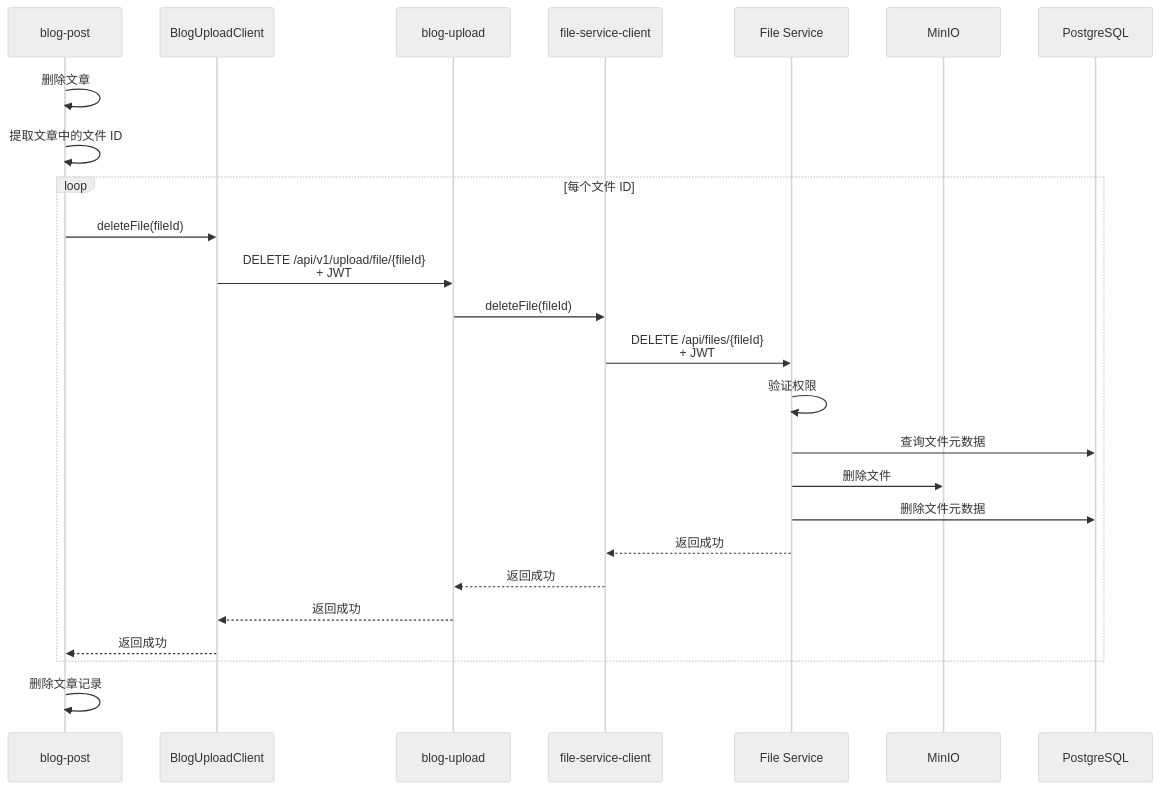
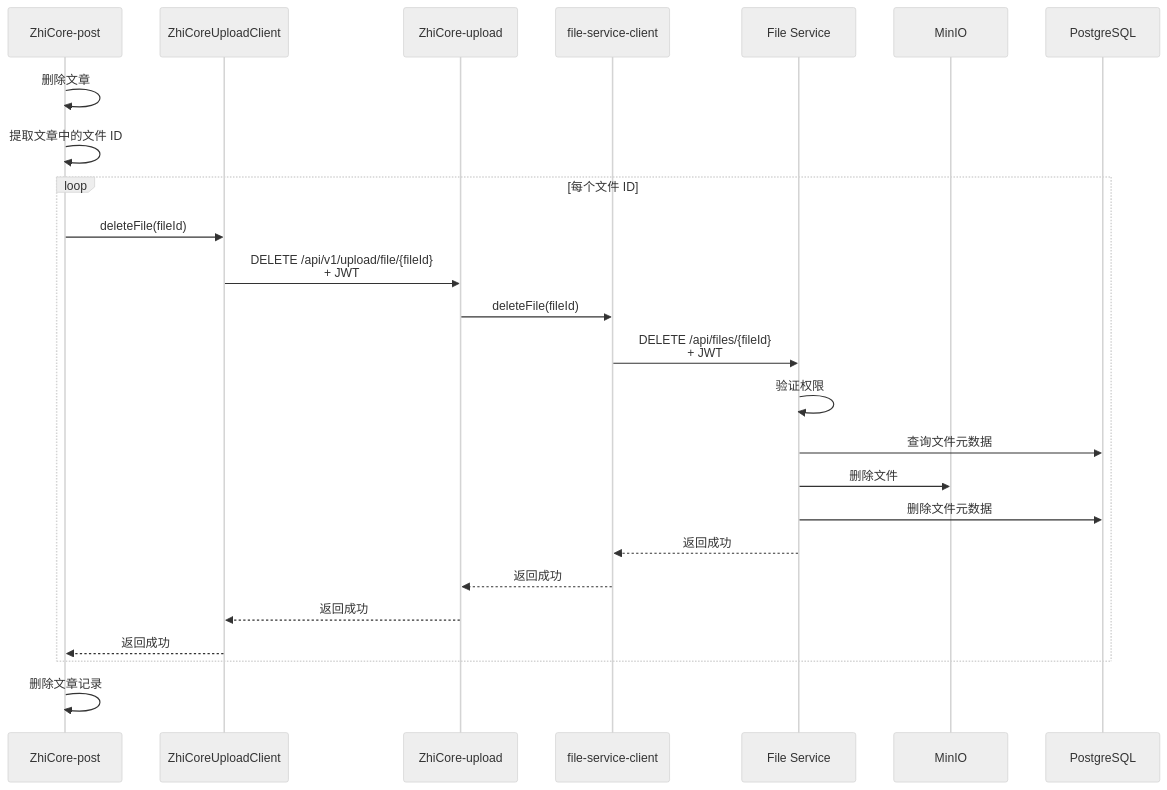
One commit to architectcgz/zhicore changed the third of 3 diagrams in docs/architecture/03-file-upload-architecture.md. Above: the diagram before and after it, drawn with Mermaid (neutral theme). The commit also changed other lines of this file and 1789 other files, not shown here.

````diff
--- a/docs/architecture/03-file-upload-architecture.md
+++ b/docs/architecture/03-file-upload-architecture.md
@@ -444,33 +444,33 @@
 ```mermaid
 sequenceDiagram
-    participant PostService as blog-post
-    participant UploadClient as BlogUploadClient
-    participant Upload as blog-upload
+    participant PostService as ZhiCore-post
+    participant UploadClient as ZhiCoreUploadClient
+    participant Upload as ZhiCore-upload
     participant FileClient as file-service-client
     participant FileService as File Service
     participant MinIO as MinIO
     participant DB as PostgreSQL
     
     PostService->>PostService: 删除文章
     PostService->>PostService: 提取文章中的文件 ID
     
     loop 每个文件 ID
         PostService->>UploadClient: deleteFile(fileId)
         UploadClient->>Upload: DELETE /api/v1/upload/file/{fileId}<br/>+ JWT
         
         Upload->>FileClient: deleteFile(fileId)
         FileClient->>FileService: DELETE /api/files/{fileId}<br/>+ JWT
         
         FileService->>FileService: 验证权限
         FileService->>DB: 查询文件元数据
         FileService->>MinIO: 删除文件
         FileService->>DB: 删除文件元数据
         
         FileService-->>FileClient: 返回成功
         FileClient-->>Upload: 返回成功
         Upload-->>UploadClient: 返回成功
         UploadClient-->>PostService: 返回成功
     end
     
     PostService->>PostService: 删除文章记录
 ```
````
